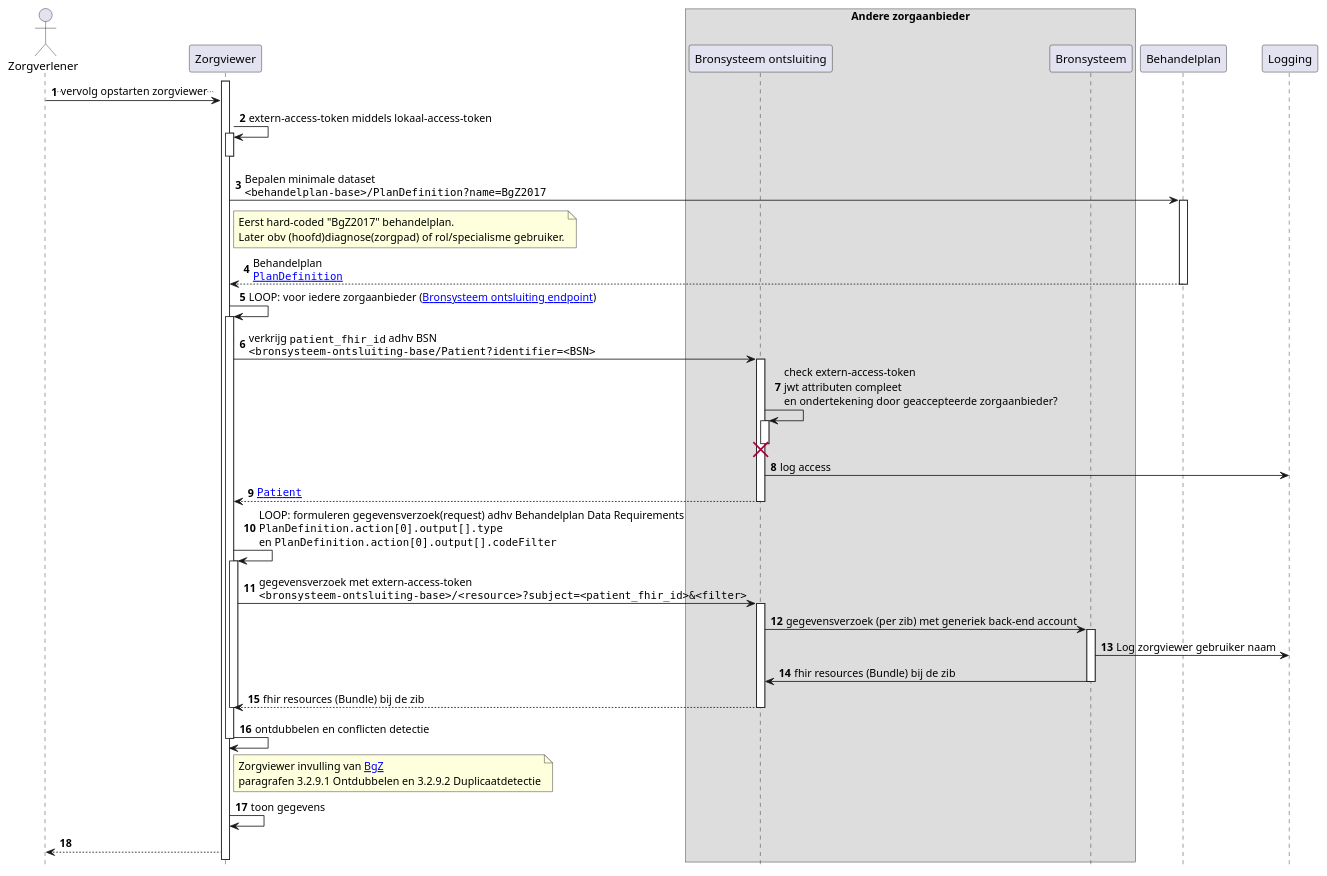
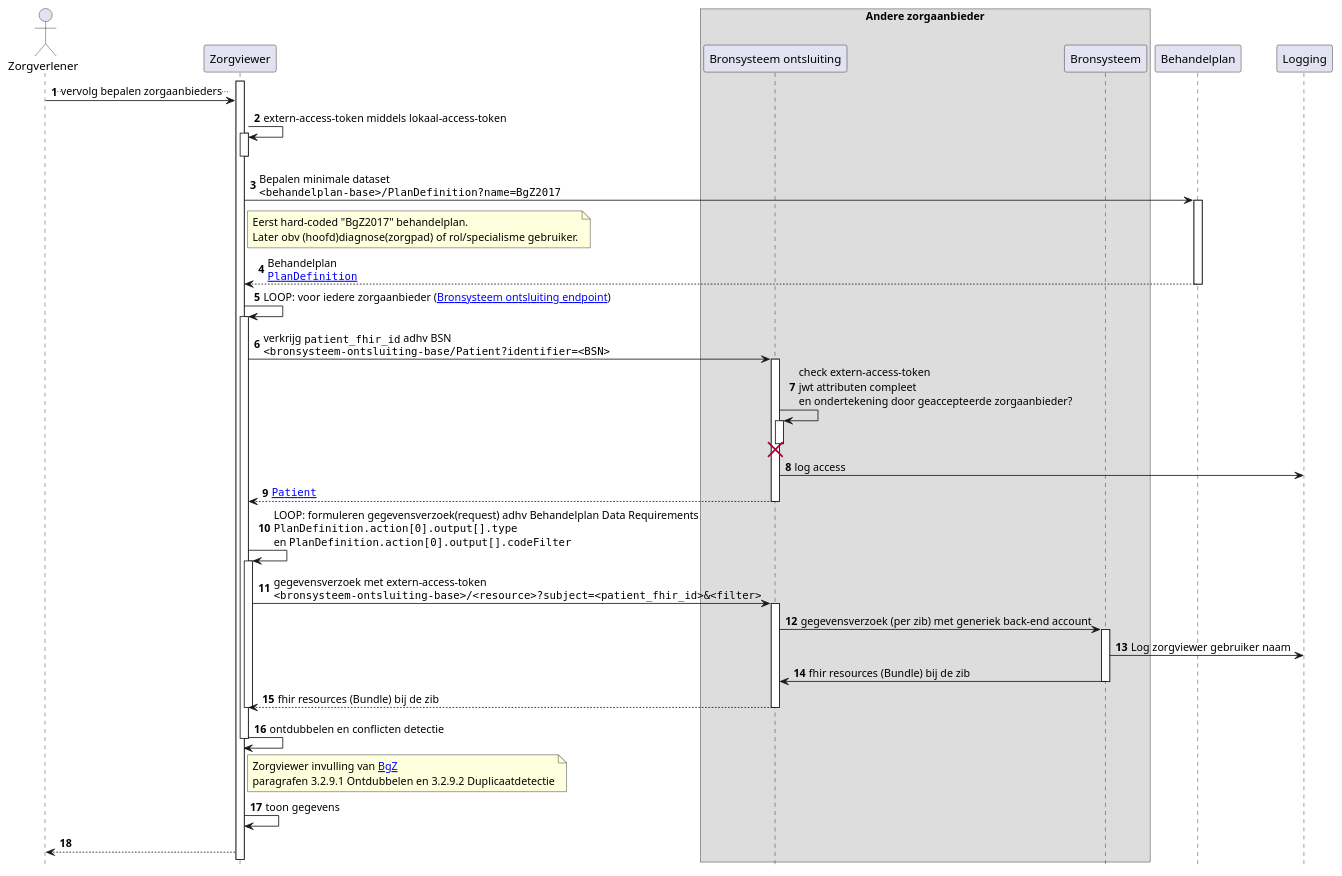
Before and after one commit to RIVO-Noord/zorgviewer-ig: the diagram in input/images-source/Zorgviewer-seq-3.plantuml, drawn with PlantUML. The commit also changed 4 other files, not shown here.

```diff
--- a/input/images-source/Zorgviewer-seq-3.plantuml
+++ b/input/images-source/Zorgviewer-seq-3.plantuml
@@ -1,56 +1,56 @@
 @startuml
 hide footbox
 autonumber
 
 actor Zorgverlener
 participant Zorgviewer
 box "Andere zorgaanbieder"
 participant "Bronsysteem ontsluiting" as Bron
 participant Bronsysteem
 end box
 participant Behandelplan
 
 activate Zorgviewer
-Zorgverlener->Zorgviewer: ..vervolg opstarten zorgviewer..
+Zorgverlener->Zorgviewer: ..vervolg bepalen zorgaanbieders..
 Zorgviewer->Zorgviewer++: extern-access-token middels lokaal-access-token
 deactivate Zorgviewer
 Zorgviewer->Behandelplan: Bepalen minimale dataset\n""<behandelplan-base>/PlanDefinition?name=BgZ2017""
 note right Zorgviewer
   Eerst hard-coded "BgZ2017" behandelplan.
   Later obv (hoofd)diagnose(zorgpad) of rol/specialisme gebruiker.
 end note
 activate Behandelplan
 Behandelplan-->Zorgviewer: Behandelplan\n""[[StructureDefinition-PlanDefinition.html PlanDefinition]]""
 deactivate Behandelplan
 Zorgviewer->Zorgviewer: LOOP: voor iedere zorgaanbieder ([[Endpoint-UMCG.html Bronsysteem ontsluiting endpoint]])
 activate Zorgviewer
 Zorgviewer->Bron : verkrijg ""patient_fhir_id"" adhv BSN\n""<bronsysteem-ontsluiting-base/Patient?identifier=<BSN>""
 activate Bron
 Bron->Bron++ : check extern-access-token\njwt attributen compleet\nen ondertekening door geaccepteerde zorgaanbieder?
 destroy Bron
 Bron->Logging : log access
 Bron-->Zorgviewer : ""[[StructureDefinition-Patient.html Patient]]""
 deactivate Bron
 Zorgviewer->Zorgviewer: LOOP: formuleren gegevensverzoek(request) adhv Behandelplan Data Requirements\n""PlanDefinition.action[0].output[].type""\nen ""PlanDefinition.action[0].output[].codeFilter""
 activate Zorgviewer
 Zorgviewer->Bron: gegevensverzoek met extern-access-token\n""<bronsysteem-ontsluiting-base>/<resource>?subject=<patient_fhir_id>&<filter>""
 activate Bron
 Bron->Bronsysteem : gegevensverzoek (per zib) met generiek back-end account
 activate Bronsysteem
 Bronsysteem->Logging : Log zorgviewer gebruiker naam
 Bronsysteem->Bron: fhir resources (Bundle) bij de zib
 deactivate Bronsysteem
 Bron-->Zorgviewer: fhir resources (Bundle) bij de zib
 deactivate Bron
 deactivate Zorgviewer
 Zorgviewer->Zorgviewer: ontdubbelen en conflicten detectie
 note right of Zorgviewer
   Zorgviewer invulling van [[https://informatiestandaarden.nictiz.nl/wiki/BgZ:V1.0_BgZ_MSZ_Informatiestandaard BgZ]] 
   paragrafen 3.2.9.1 Ontdubbelen en 3.2.9.2 Duplicaatdetectie
 end note
 deactivate Zorgviewer
 
 Zorgviewer->Zorgviewer: toon gegevens
 Zorgviewer-->Zorgverlener
 
 @enduml
```
